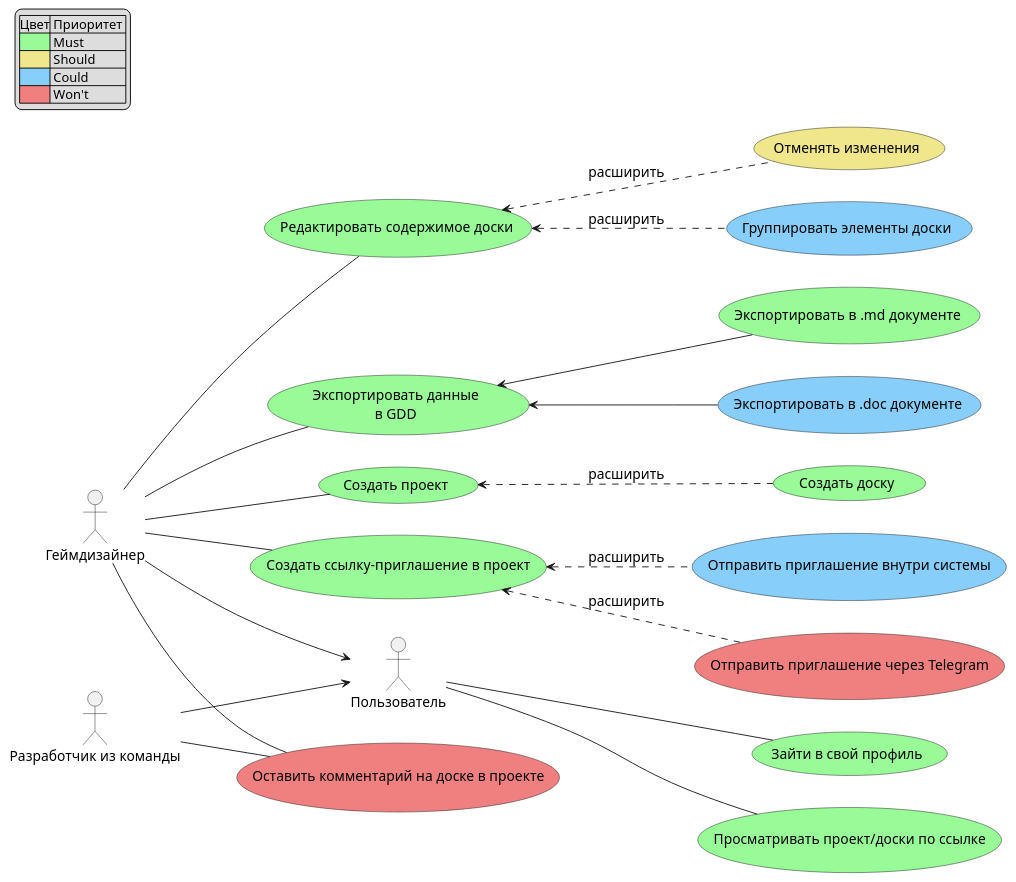
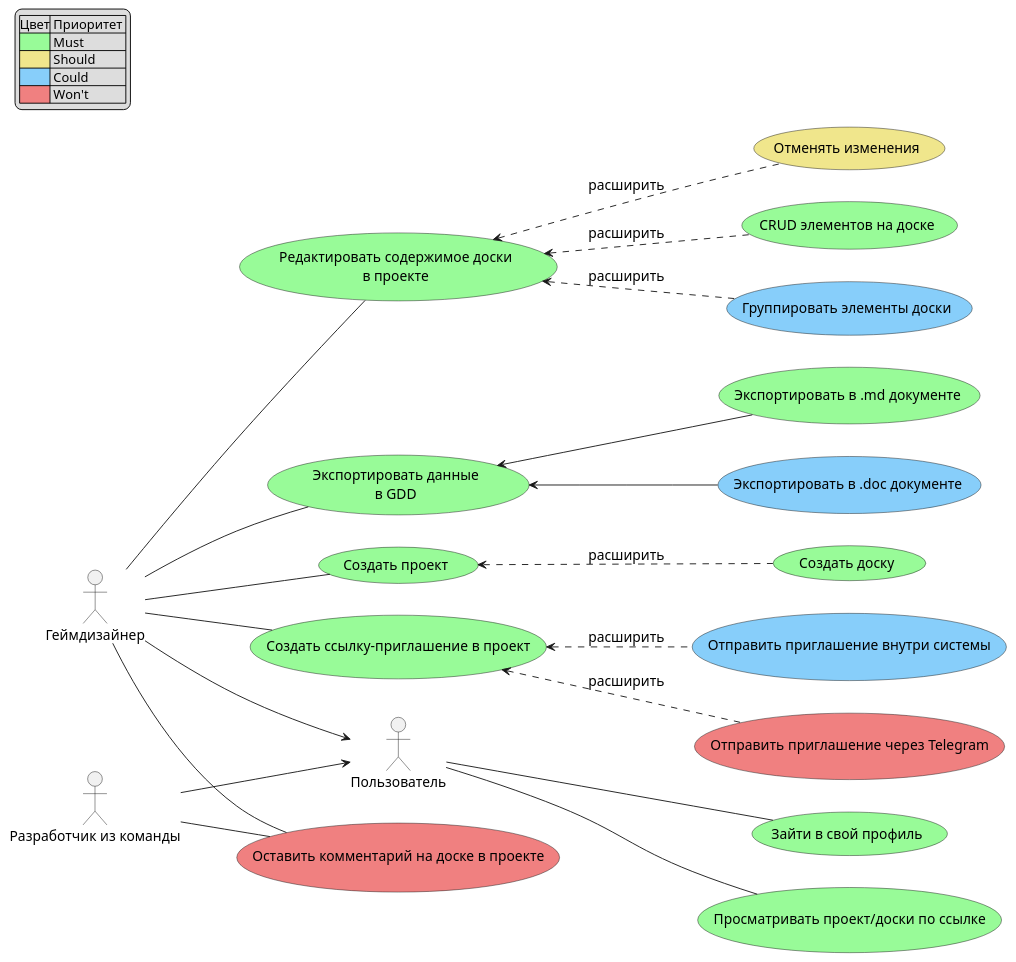
Before and after one commit to MentalSmoge/HSE-DSS: the diagram in diagrams/usecase/usecase.puml, drawn with PlantUML. The commit also changed 1 other file, not shown here.

```diff
--- a/diagrams/usecase/usecase.puml
+++ b/diagrams/usecase/usecase.puml
@@ -1,45 +1,47 @@
 @startuml sas
 left to right direction
 legend top left
     |Цвет| Приоритет |
     |<#palegreen>| Must|
     |<#Khaki>| Should |
     |<#LightSkyBlue>| Could |
     |<#LightCoral>| Won't |
 endlegend
 skinparam defaultFontSize 15
 actor Пользователь as user
 actor Геймдизайнер as designer
 actor "Разработчик из команды" as developer
 usecase (Зайти в свой профиль) as login #palegreen
 usecase (Создать проект) as create_project #palegreen
 usecase (Создать доску) as create_board #palegreen
 usecase (Создать ссылку-приглашение в проект) as create_invitation #palegreen
 usecase (Отправить приглашение через Telegram) as send_via_telegram #LightCoral
 usecase (Отправить приглашение внутри системы) as send_via_system #LightSkyBlue
-usecase (Редактировать содержимое доски) as edit_board #palegreen
+usecase (Редактировать содержимое доски\nв проекте) as edit_board #palegreen
 usecase (Группировать элементы доски) as group_in_board #LightSkyBlue
 usecase (Отменять изменения) as rollback #Khaki
 usecase (Экспортировать данные\nв GDD) as export_gdd #palegreen
 usecase (Экспортировать в .doc документе) as export_as_doc #LightSkyBlue
 usecase (Экспортировать в .md документе) as export_as_md #palegreen
 usecase (Просматривать проект/доски по ссылке) as readonly #palegreen
 usecase (Оставить комментарий на доске в проекте) as comment #LightCoral
+usecase (CRUD элементов на доске) as crud_elements #palegreen
 developer -- comment
 designer -- comment
 designer --> user
 developer --> user
 designer -- create_project
 user -- login
 user -- readonly
 create_project <.. create_board : расширить
 designer -- create_invitation
 create_invitation <.. send_via_telegram : расширить
 create_invitation <.. send_via_system : расширить
 designer -- edit_board
 edit_board <.. group_in_board : расширить
 edit_board <.. rollback : расширить
+edit_board <.. crud_elements : расширить
 designer -- export_gdd
 export_gdd <-- export_as_doc 
 export_gdd <-- export_as_md
 @enduml
```
